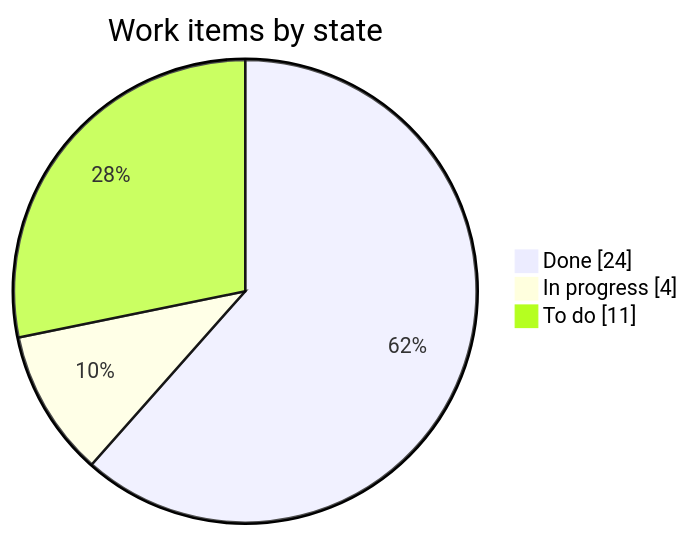
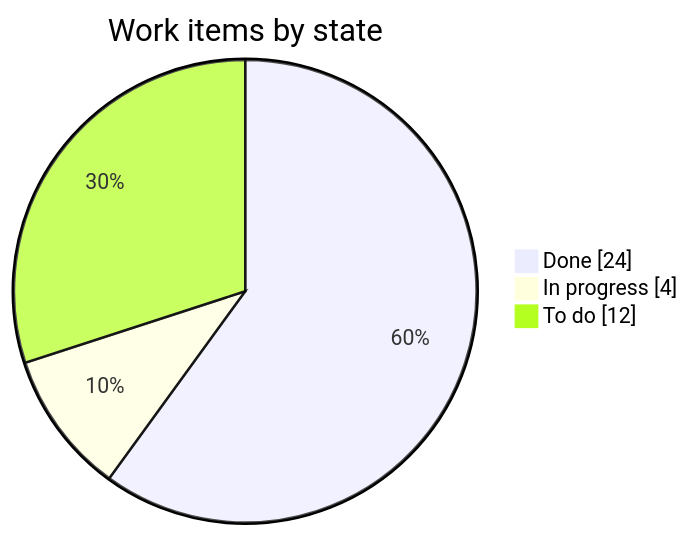
One commit to LoMagnette/ghost-light changed the first of 2 diagrams in STATUS.md. Above: the diagram before and after it, drawn with Mermaid. The commit also changed other lines of this file, not shown here.

````diff
--- a/STATUS.md
+++ b/STATUS.md
@@ -30,7 +31,7 @@
 ```mermaid
 pie showData
     title Work items by state
     "Done" : 24
     "In progress" : 4
-    "To do" : 11
+    "To do" : 12
 ```
````
